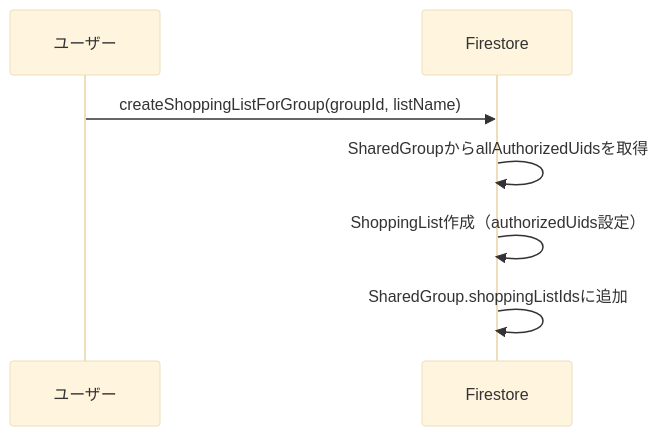
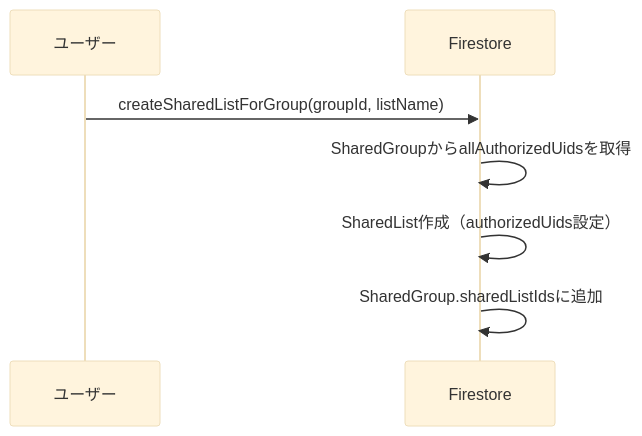
Before and after one commit to maya27AokiSawada/go_shop: the second of 3 diagrams in docs/firestore_architecture.md, drawn with Mermaid (base theme). The commit also changed other lines of this file and 110 other files, not shown here.

````diff
--- a/docs/firestore_architecture.md
+++ b/docs/firestore_architecture.md
@@ -92,10 +92,10 @@
 ```mermaid
 sequenceDiagram
     participant U as ユーザー
     participant F as Firestore
     
-    U->>F: createShoppingListForGroup(groupId, listName)
+    U->>F: createSharedListForGroup(groupId, listName)
     F->>F: SharedGroupからallAuthorizedUidsを取得
-    F->>F: ShoppingList作成（authorizedUids設定）
-    F->>F: SharedGroup.shoppingListIdsに追加
+    F->>F: SharedList作成（authorizedUids設定）
+    F->>F: SharedGroup.sharedListIdsに追加
 ```
````
